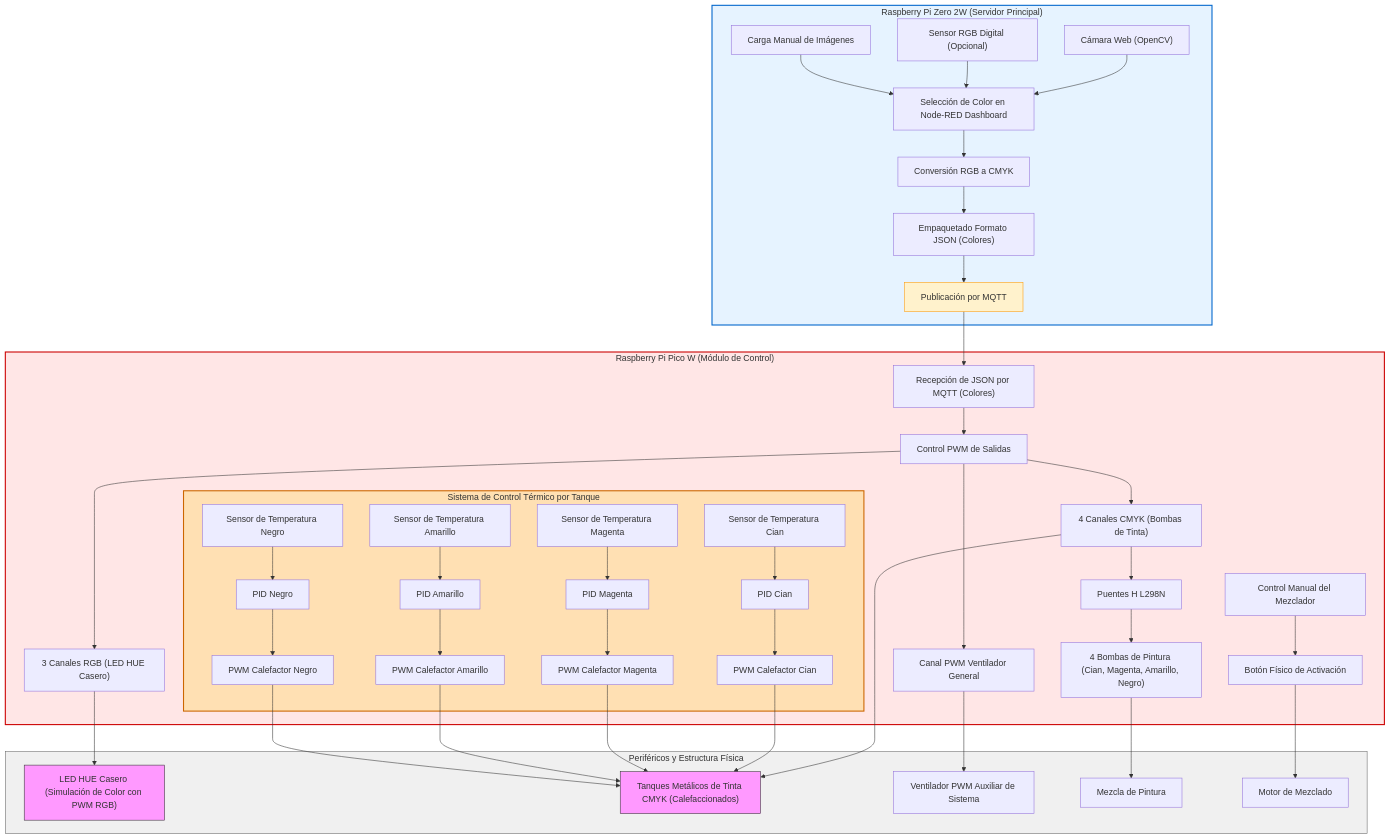
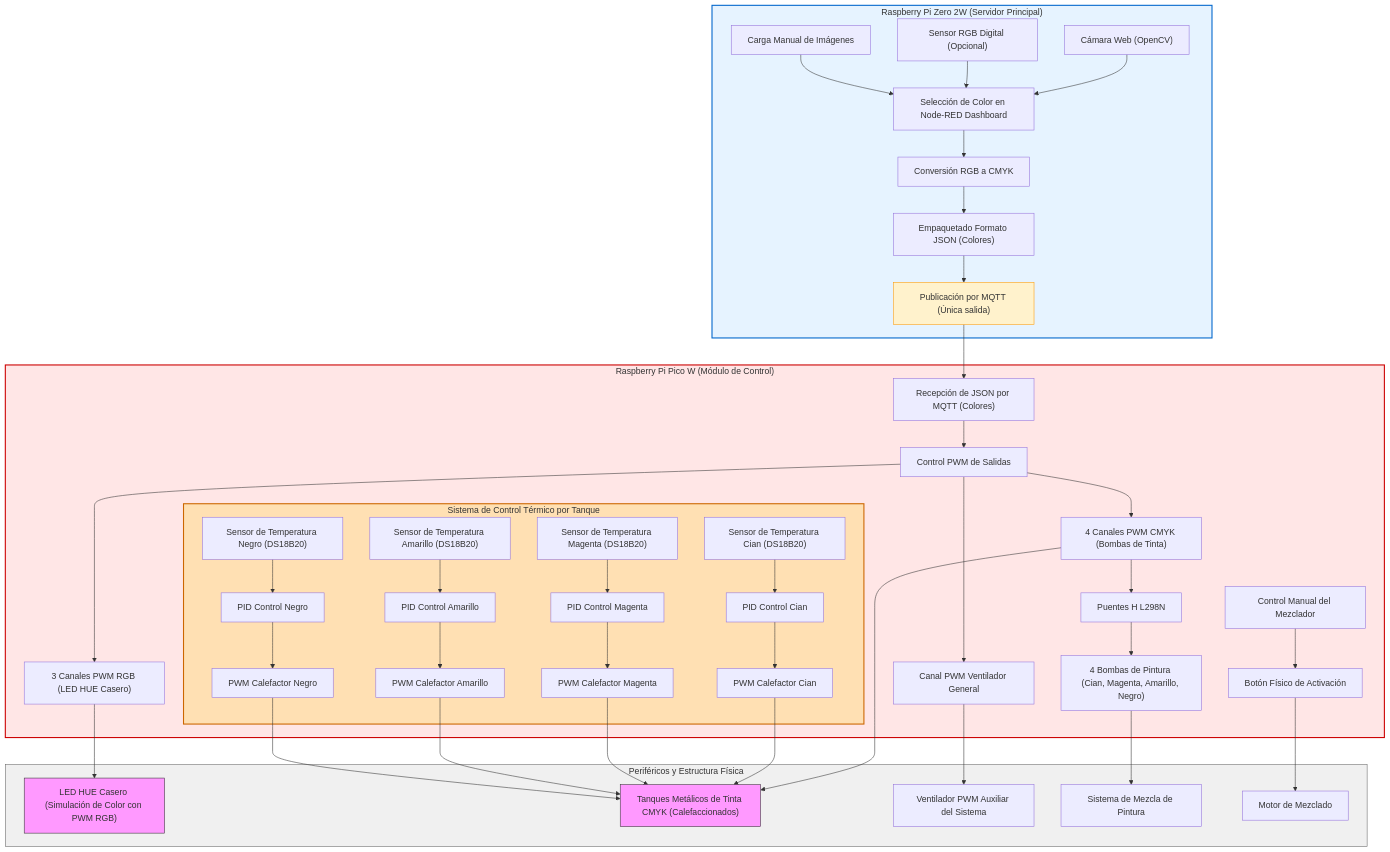
One commit to juandsandoval8/ChromaPID changed the diagram in diagrama_MQTT.md. Above: the diagram before and after it, drawn with Mermaid.

````diff
--- a/diagrama_MQTT.md
+++ b/diagrama_MQTT.md
@@ -1,67 +1,68 @@
 ```mermaid
 flowchart TD
     %% ================= MAESTRO (Raspberry Pi Zero 2W) =================
     subgraph Maestro["Raspberry Pi Zero 2W (Servidor Principal)"]
         A["Cámara Web (OpenCV)"] --> B["Selección de Color en Node-RED Dashboard"]
         C["Sensor RGB Digital (Opcional)"] --> B
         D["Carga Manual de Imágenes"] --> B
         B --> E["Conversión RGB a CMYK"]
         E --> F["Empaquetado Formato JSON (Colores)"]
-        F --> G["Publicación por MQTT"]
+        F --> G["Publicación por MQTT (Única salida)"]
     end
 
     %% ================= ESCLAVO (Raspberry Pi Pico W) =================
     subgraph Esclavo["Raspberry Pi Pico W (Módulo de Control)"]
         G --> H["Recepción de JSON por MQTT (Colores)"]
         H --> I["Control PWM de Salidas"]
 
         %% PWM
-        I --> M["4 Canales CMYK (Bombas de Tinta)"]
-        I --> N["3 Canales RGB (LED HUE Casero)"]
+        I --> M["4 Canales PWM CMYK (Bombas de Tinta)"]
+        I --> N["3 Canales PWM RGB (LED HUE Casero)"]
 
         %% Temperatura - Control Independiente
         subgraph Temperatura["Sistema de Control Térmico por Tanque"]
-            J1["Sensor de Temperatura Cian"] --> P1["PID Cian"]
-            J2["Sensor de Temperatura Magenta"] --> P2["PID Magenta"]
-            J3["Sensor de Temperatura Amarillo"] --> P3["PID Amarillo"]
-            J4["Sensor de Temperatura Negro"] --> P4["PID Negro"]
+            J1["Sensor de Temperatura Cian (DS18B20)"] --> P1["PID Control Cian"]
+            J2["Sensor de Temperatura Magenta (DS18B20)"] --> P2["PID Control Magenta"]
+            J3["Sensor de Temperatura Amarillo (DS18B20)"] --> P3["PID Control Amarillo"]
+            J4["Sensor de Temperatura Negro (DS18B20)"] --> P4["PID Control Negro"]
 
             P1 --> T1["PWM Calefactor Cian"]
             P2 --> T2["PWM Calefactor Magenta"]
             P3 --> T3["PWM Calefactor Amarillo"]
             P4 --> T4["PWM Calefactor Negro"]
         end
 
         %% Bombas
         M --> R["Puentes H L298N"]
         R --> S["4 Bombas de Pintura (Cian, Magenta, Amarillo, Negro)"]
 
         %% Mezclador
         L["Control Manual del Mezclador"] --> Z["Botón Físico de Activación"]
 
         %% Ventilador Auxiliar
         I --> O["Canal PWM Ventilador General"]
     end
 
     %% ================= PERIFÉRICOS =================
     subgraph Periféricos["Periféricos y Estructura Física"]
         N --> U["LED HUE Casero (Simulación de Color con PWM RGB)"]
         M --> V["Tanques Metálicos de Tinta CMYK (Calefaccionados)"]
         T1 --> V
         T2 --> V
         T3 --> V
         T4 --> V
-        O --> W["Ventilador PWM Auxiliar de Sistema"]
-        S --> Y["Mezcla de Pintura"]
+        O --> W["Ventilador PWM Auxiliar del Sistema"]
+        S --> Y["Sistema de Mezcla de Pintura"]
         Z --> X["Motor de Mezclado"]
     end
 
     %% ================= ESTILOS =================
     style Maestro fill:#e6f3ff,stroke:#0066cc,stroke-width:2px
     style Esclavo fill:#ffe6e6,stroke:#cc0000,stroke-width:2px
     style Temperatura fill:#ffe0b3,stroke:#cc6600,stroke-width:2px
     style Periféricos fill:#f0f0f0,stroke:#666,stroke-width:1px
     style G fill:#fff2cc,stroke:#ff9900,stroke-width:1px
     style V fill:#f9f,stroke:#333
     style U fill:#f9f,stroke:#333
+
 ```
````
